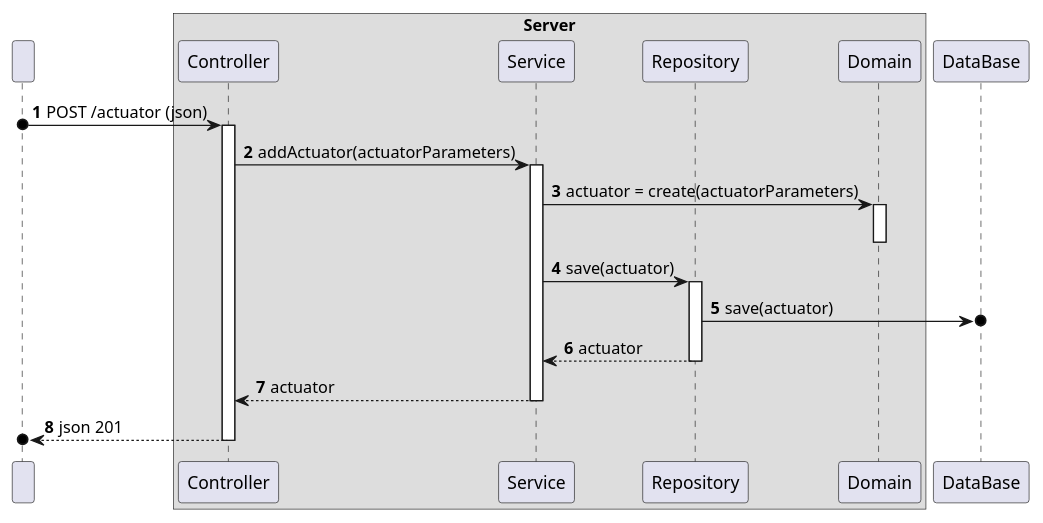
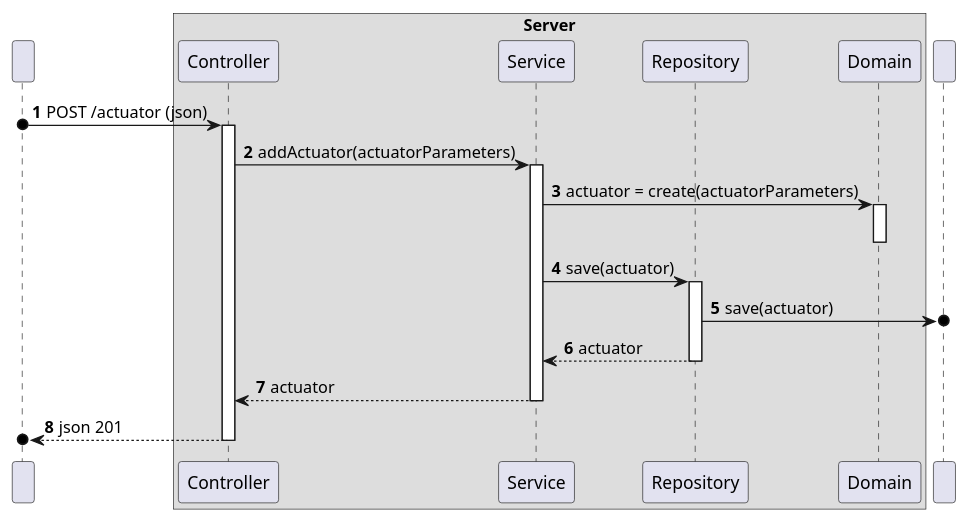
One commit to olivDiogo/SmartHome changed the diagram in docs/ooa/C4_4plus1_models/Level3/ProcessView/ProcessViewLevel3_UC10.puml. Above: the diagram before and after it, drawn with PlantUML. The commit also changed 2 other files, not shown here.

```diff
--- a/docs/ooa/C4_4plus1_models/Level3/ProcessView/ProcessViewLevel3_UC10.puml
+++ b/docs/ooa/C4_4plus1_models/Level3/ProcessView/ProcessViewLevel3_UC10.puml
@@ -1,51 +1,51 @@
 @startuml
 'https://plantuml.com/sequence-diagram
 !pragma layout smetana
 
 autonumber
 
 participant " " as User
 
 box "Server"
     participant "Controller" as Controller
     participant "Service" as Service
     participant "Repository" as Repo
     participant "Domain" as Domain
 end box
 
-    participant "DataBase" as BD
+    participant " " as BD
 
 User o-> Controller : POST /actuator (json)
 activate Controller
 
 'Controller -> Controller: actuatorEntryDTO = deserialize(json)
 
 'Controller -> Controller: actuatorParameters = getActuatorParameters(actuatorEntryDTO)
 
 Controller -> Service : addActuator(actuatorParameters)
 activate Service
 
 Service -> Domain: actuator = create(actuatorParameters)
 activate Domain
 deactivate Domain
 
 Service -> Repo : save(actuator)
 activate Repo
 
 Repo ->o BD : save(actuator)
 
 Repo --> Service : actuator
 deactivate Repo
 
 Service --> Controller : actuator
 deactivate Service
 
 'Controller -> Controller : actuatorDTO = domainToDTO(actuator)
 
 'Controller -> Controller : json = serialize(actuatorDTO)
 
 Controller -->o User : json 201
 deactivate Controller
 
 
 @enduml
```
